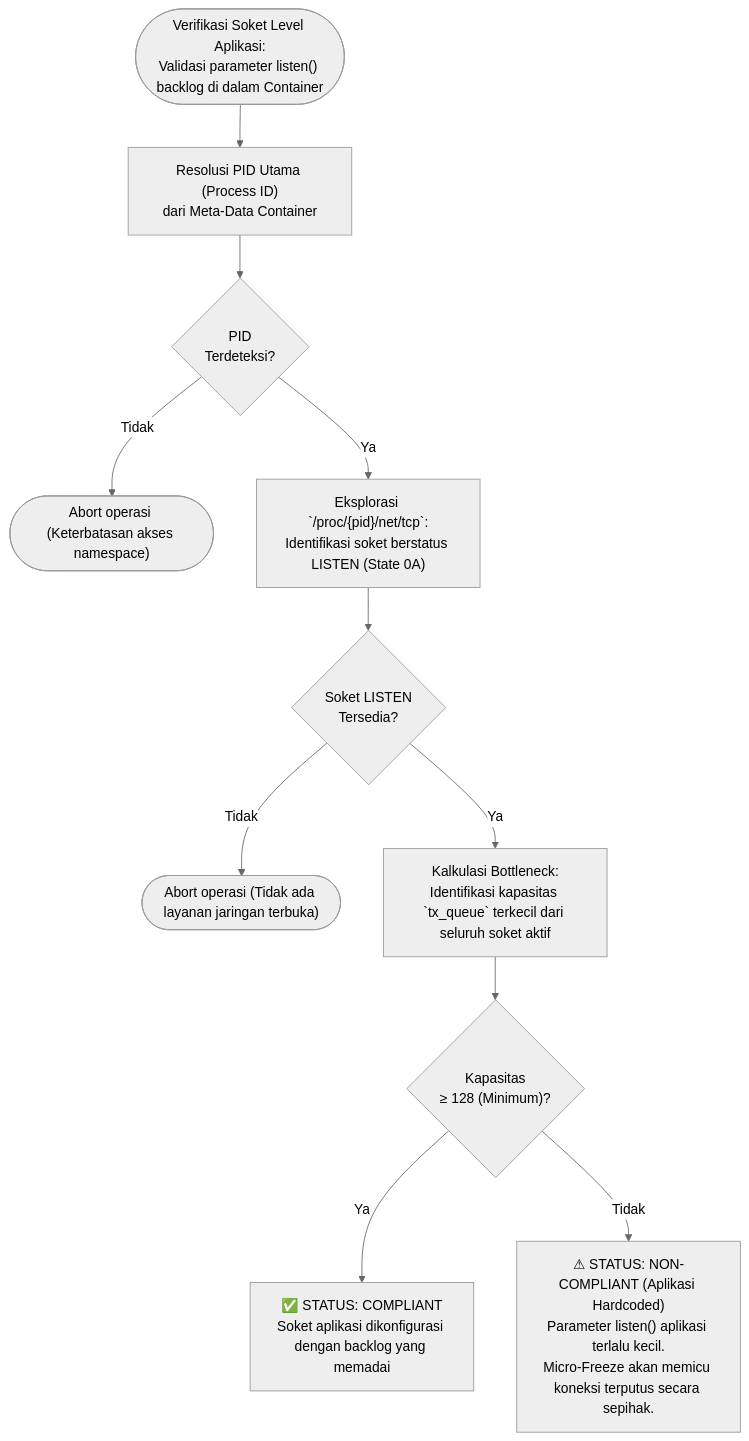
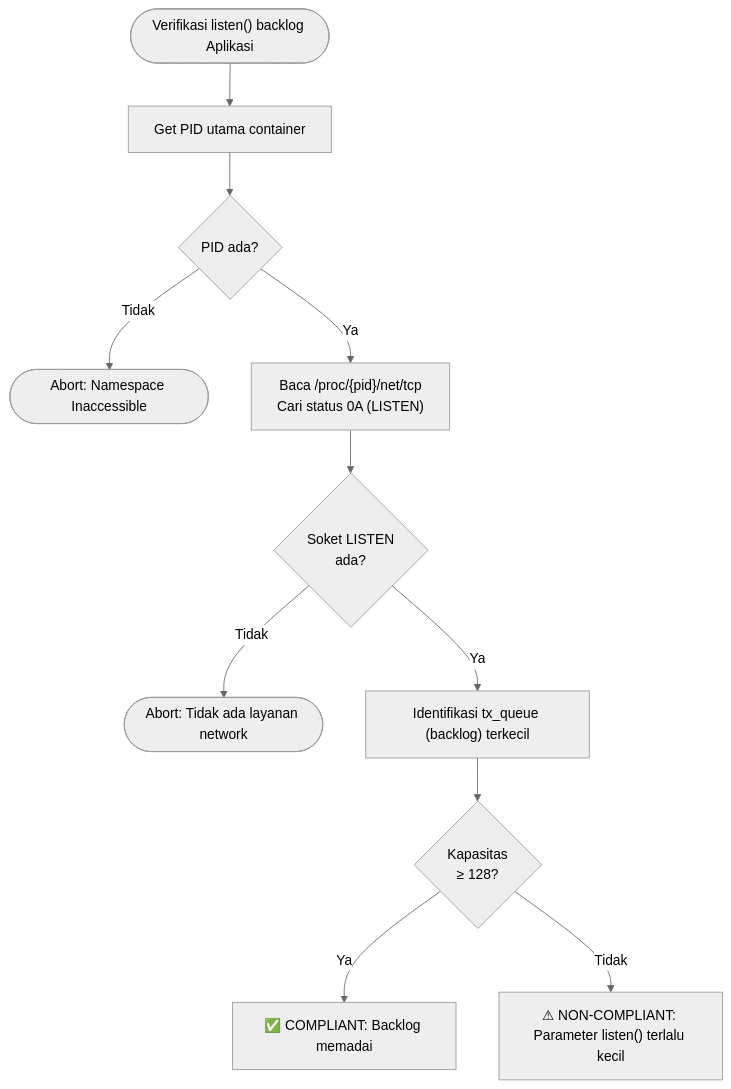
Before and after one commit to fauzanreza/green-container-framework: the third of 3 diagrams in architecture-diagrams/layer-4-shaper/03_tcp_backlog.md, drawn with Mermaid (neutral theme). The commit also changed other lines of this file and 13 other files, not shown here.

Commit message:
edit fitur, menambahkan Architecture Diagram

````diff
--- a/architecture-diagrams/layer-4-shaper/03_tcp_backlog.md
+++ b/architecture-diagrams/layer-4-shaper/03_tcp_backlog.md
@@ -128,29 +105,29 @@
 ```mermaid
 flowchart TD
-    START2(["Verifikasi Soket Level Aplikasi:<br/>Validasi parameter listen() backlog di dalam Container"])
+    START2(["Verifikasi listen() backlog Aplikasi"])
 
-    CARI_PROSES["Resolusi PID Utama (Process ID)<br/>dari Meta-Data Container"]
-    KETEMU{"PID<br/>Terdeteksi?"}
-    LEWATI(["Abort operasi (Keterbatasan akses namespace)"])
+    CARI_PROSES["Get PID utama container"]
+    KETEMU{"PID ada?"}
+    LEWATI(["Abort: Namespace Inaccessible"])
 
-    BACA_PINTU["Eksplorasi `/proc/{pid}/net/tcp`:<br/>Identifikasi soket berstatus LISTEN (State 0A)"]
-    ADA_PINTU{"Soket LISTEN<br/>Tersedia?"}
-    TIDAK_ADA(["Abort operasi (Tidak ada layanan jaringan terbuka)"])
+    BACA_PINTU["Baca /proc/{pid}/net/tcp<br/>Cari status 0A (LISTEN)"]
+    ADA_PINTU{"Soket LISTEN<br/>ada?"}
+    TIDAK_ADA(["Abort: Tidak ada layanan network"])
 
-    CARI_TERKECIL["Kalkulasi Bottleneck:<br/>Identifikasi kapasitas `tx_queue` terkecil dari seluruh soket aktif"]
-    CUKUP{"Kapasitas<br/>≥ 128 (Minimum)? "}
+    CARI_TERKECIL["Identifikasi tx_queue (backlog) terkecil"]
+    CUKUP{"Kapasitas<br/>≥ 128?"}
 
-    APP_AMAN["✅ STATUS: COMPLIANT<br/>Soket aplikasi dikonfigurasi dengan backlog yang memadai"]
-    APP_KECIL["⚠ STATUS: NON-COMPLIANT (Aplikasi Hardcoded)<br/>Parameter listen() aplikasi terlalu kecil.<br/>Micro-Freeze akan memicu koneksi terputus secara sepihak."]
+    APP_AMAN["✅ COMPLIANT: Backlog memadai"]
+    APP_KECIL["⚠ NON-COMPLIANT: Parameter listen() terlalu kecil"]
 
     START2 --> CARI_PROSES
     CARI_PROSES --> KETEMU
     KETEMU -->|Tidak| LEWATI
     KETEMU -->|Ya| BACA_PINTU
     BACA_PINTU --> ADA_PINTU
     ADA_PINTU -->|Tidak| TIDAK_ADA
     ADA_PINTU -->|Ya| CARI_TERKECIL
     CARI_TERKECIL --> CUKUP
     CUKUP -->|Ya| APP_AMAN
     CUKUP -->|Tidak| APP_KECIL
 ```
````
